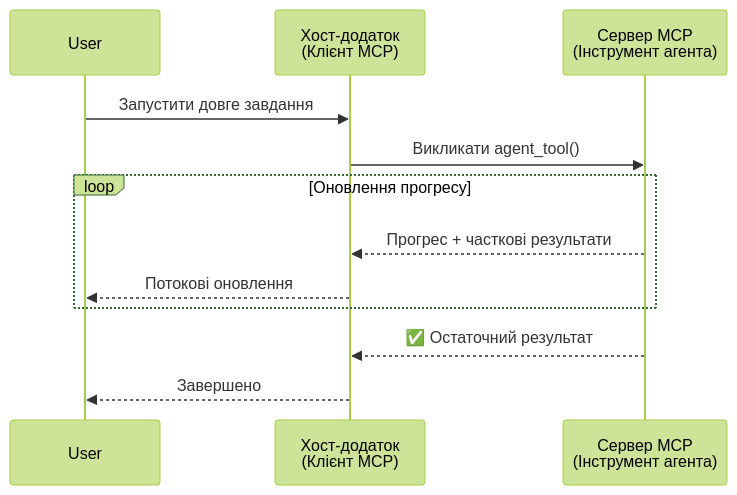
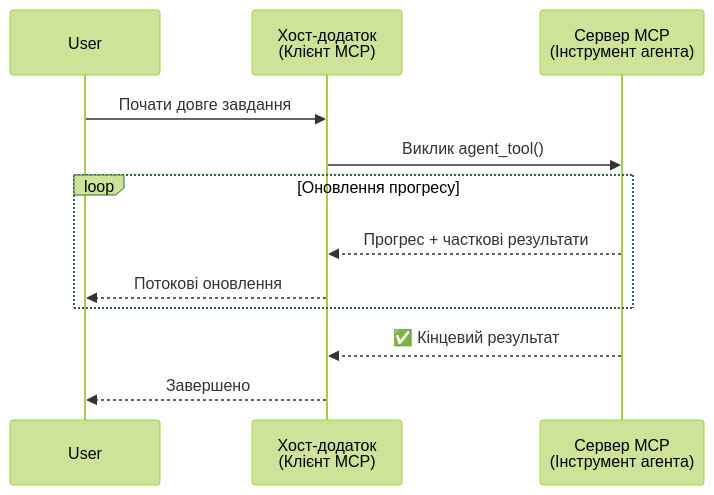
Before and after one commit to gabrielmoreira/agent-skills-mirror: the first of 5 diagrams in mirrors/repos/microsoft@ai-agents-for-beginners/translations/uk/11-agentic-protocols/code_samples/mcp-agents/README.md, drawn with Mermaid (forest theme). The commit also changed other lines of this file and 4262 other files, not shown here.

````diff
--- a/mirrors/repos/microsoft@ai-agents-for-beginners/translations/uk/11-agentic-protocols/code_samples/mcp-agents/README.md
+++ b/mirrors/repos/microsoft@ai-agents-for-beginners/translations/uk/11-agentic-protocols/code_samples/mcp-agents/README.md
@@ -46,17 +46,17 @@
 ```mermaid
 sequenceDiagram
     participant User
     participant Host as Хост-додаток<br/>(Клієнт MCP)
     participant Server as Сервер MCP<br/>(Інструмент агента)
 
-    User->>Host: Запустити довге завдання
-    Host->>Server: Викликати agent_tool()
+    User->>Host: Почати довге завдання
+    Host->>Server: Виклик agent_tool()
 
     loop Оновлення прогресу
         Server-->>Host: Прогрес + часткові результати
         Host-->>User: Потокові оновлення
     end
 
-    Server-->>Host: ✅ Остаточний результат
+    Server-->>Host: ✅ Кінцевий результат
     Host-->>User: Завершено
 ```
````
